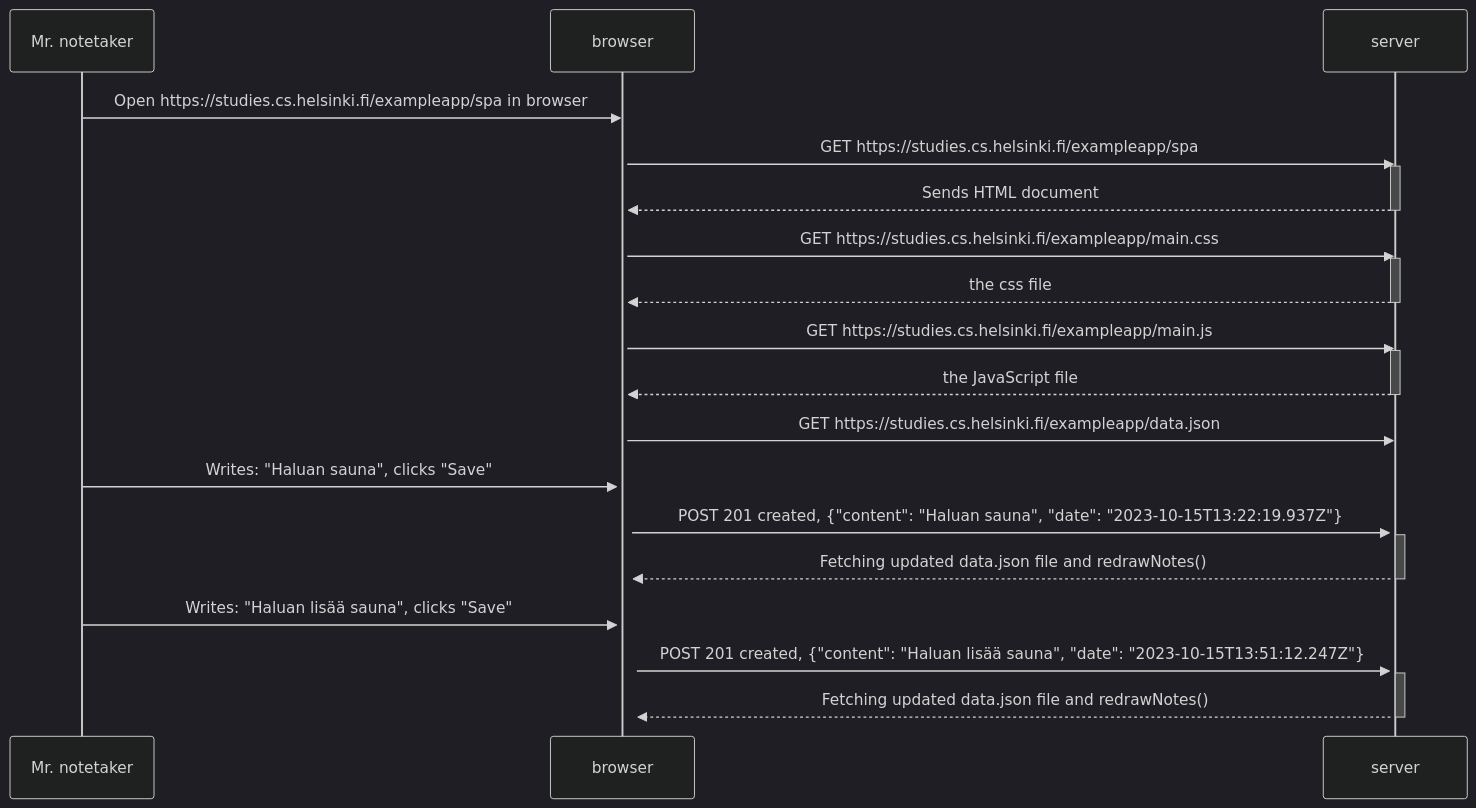
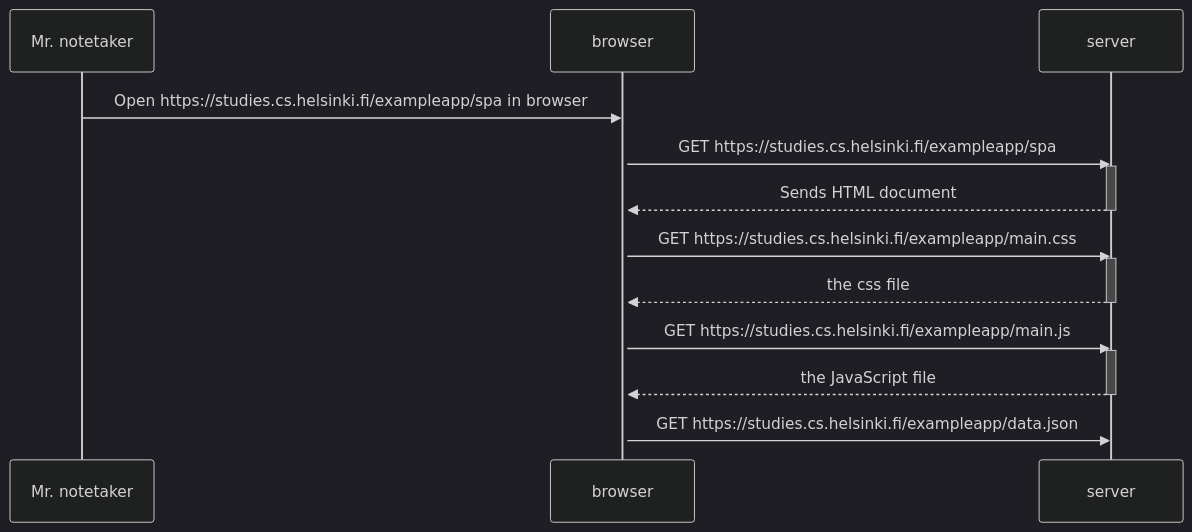
One commit to haavardmk/fullstackopen changed the diagram in part0/0.5 diagram.md. Above: the diagram before and after it, drawn with Mermaid (dark theme).

Commit message:
Update 0.5 diagram.md

````diff
--- a/part0/0.5 diagram.md
+++ b/part0/0.5 diagram.md
@@ -1,44 +1,30 @@
 ```mermaid
 sequenceDiagram
     participant Mr. notetaker
     participant browser
     participant server
 
     Mr. notetaker->>browser: Open https://studies.cs.helsinki.fi/exampleapp/spa in browser
     activate browser
 
     browser->>server: GET https://studies.cs.helsinki.fi/exampleapp/spa
     activate server
     server-->>browser: Sends HTML document
     deactivate server
 
     browser->>server: GET https://studies.cs.helsinki.fi/exampleapp/main.css
     activate server
     server-->>browser: the css file
     deactivate server
 
     browser->>server: GET https://studies.cs.helsinki.fi/exampleapp/main.js
     activate server
     server-->>browser: the JavaScript file
     deactivate server
 
     browser->>server: GET https://studies.cs.helsinki.fi/exampleapp/data.json
     activate server
 
-    Mr. notetaker->>browser: Writes: "Haluan sauna", clicks "Save"
-    activate browser
-    browser->>server: POST 201 created, {"content": "Haluan sauna", "date": "2023-10-15T13:22:19.937Z"}
-    activate server
-    server-->>browser: Fetching updated data.json file and redrawNotes()
-    deactivate server
-
-    Mr. notetaker->>browser: Writes: "Haluan lisää sauna", clicks "Save"
-    activate browser
-    browser->>server: POST 201 created, {"content": "Haluan lisää sauna", "date": "2023-10-15T13:51:12.247Z"}
-    activate server
-    server-->>browser: Fetching updated data.json file and redrawNotes()
-    deactivate server
-
 
 
 ```
````
